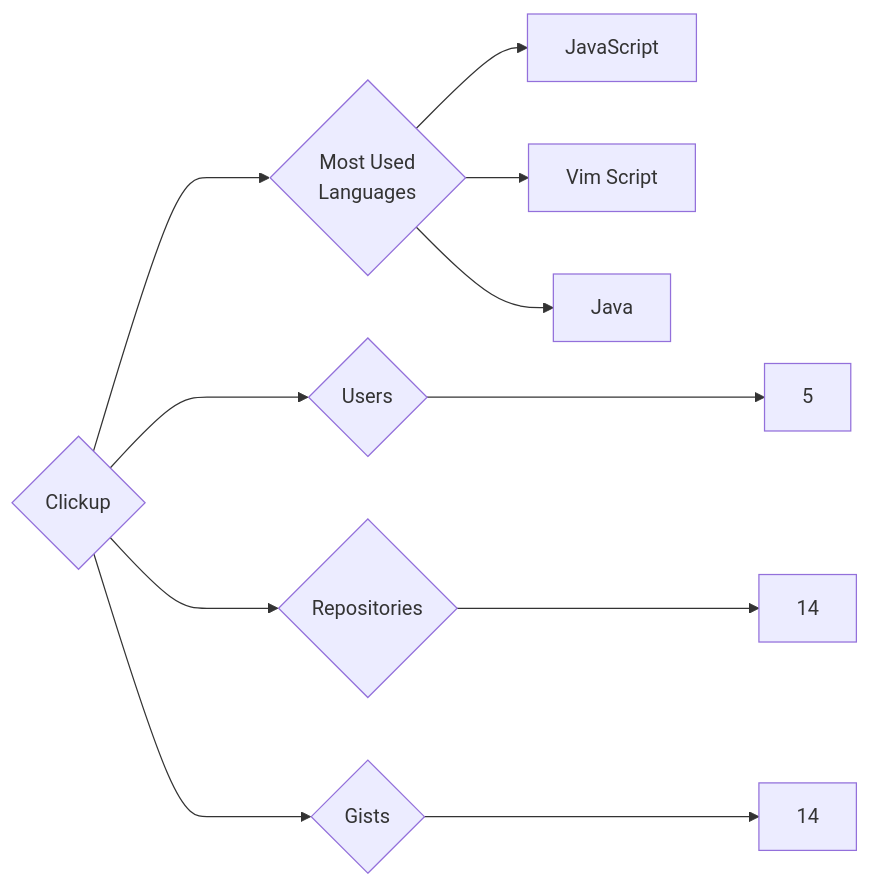
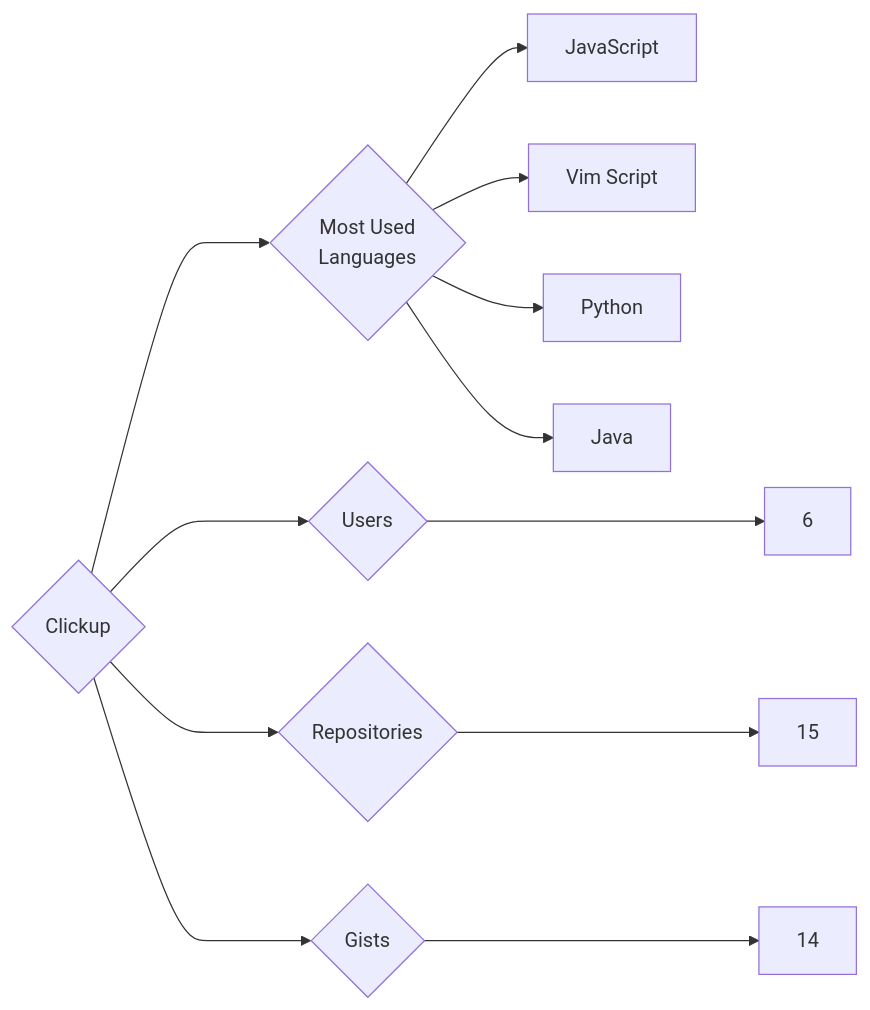
The diagram in targets/Clickup/README.md (trickest/insiders), drawn with Mermaid before and after one commit. The commit also changed 776 other files, not shown here.

````diff
--- a/targets/Clickup/README.md
+++ b/targets/Clickup/README.md
@@ -3,11 +3,12 @@
 ```mermaid
 graph LR
 COMPANY_NAME{Clickup}
-COMPANY_NAME ---> U{Users} ---> UN[5]
-COMPANY_NAME ---> R{Repositories} ---> RN[14]
+COMPANY_NAME ---> U{Users} ---> UN[6]
+COMPANY_NAME ---> R{Repositories} ---> RN[15]
 COMPANY_NAME ---> G{Gists} ---> GN[14]
 COMPANY_NAME ---> ML{Most Used<br>Languages}
 ML --> JavaScript[JavaScript]
 ML --> Vim_Script[Vim Script]
+ML --> Python[Python]
 ML --> Java[Java]
 ```
````
